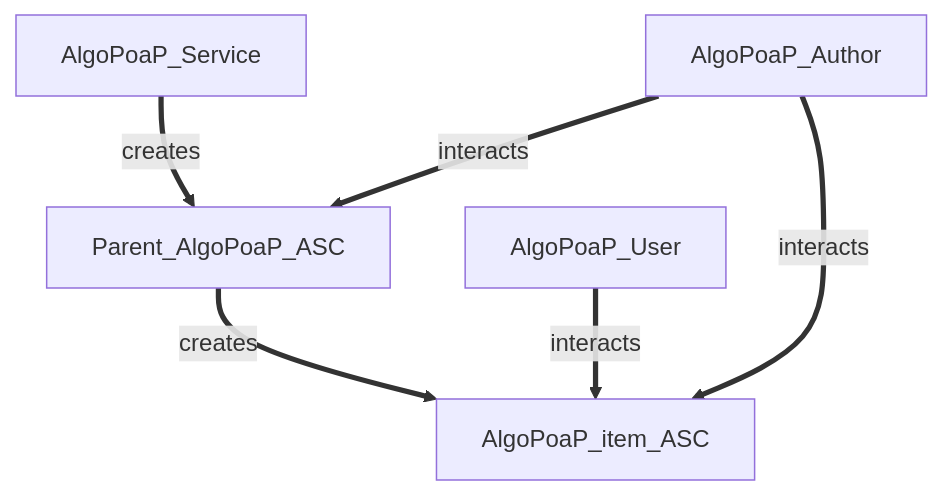
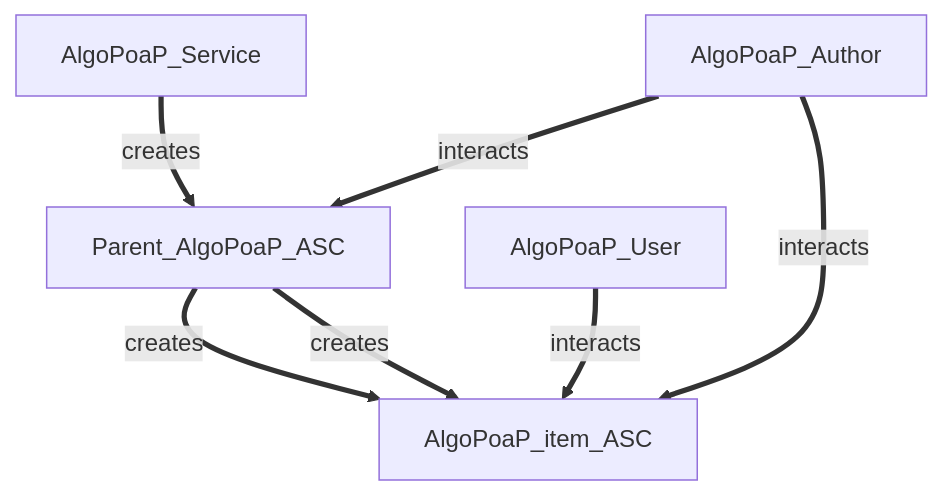
One commit to Sun-C0ffee/algopoap-smartcontracts changed the first of 2 diagrams in README.md. Above: the diagram before and after it, drawn with Mermaid. The commit also changed other lines of this file, not shown here.

````diff
--- a/README.md
+++ b/README.md
@@ -6,8 +8,9 @@
 ```mermaid
   graph TD;
       AlgoPoaP_Service== creates ==>Parent_AlgoPoaP_ASC;
+      Parent_AlgoPoaP_ASC== creates ==>AlgoPoaP_item_ASC;
       Parent_AlgoPoaP_ASC== creates ==>AlgoPoaP_item_ASC;
       AlgoPoaP_User== interacts ==>AlgoPoaP_item_ASC;
       AlgoPoaP_Author== interacts ==>Parent_AlgoPoaP_ASC;
       AlgoPoaP_Author== interacts ==>AlgoPoaP_item_ASC;
 ```
````
